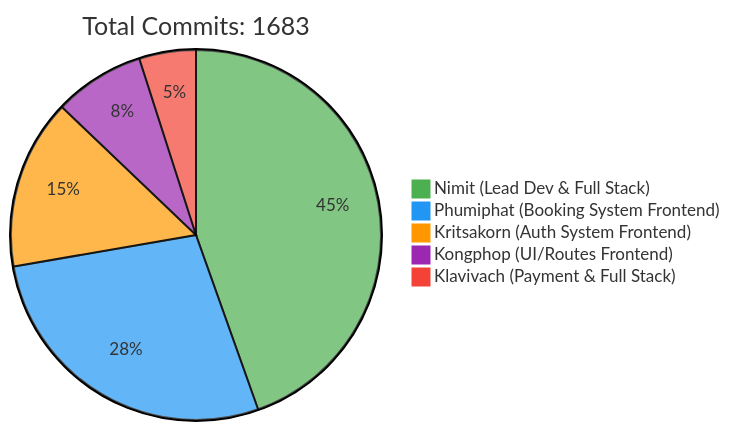
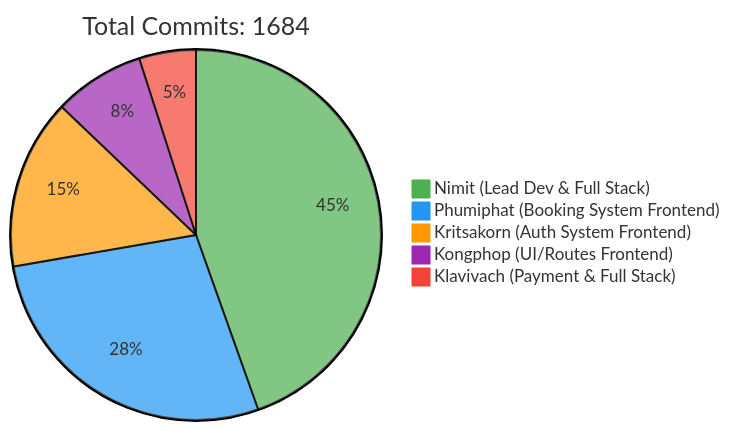
The first of 2 diagrams in README.md (6531503042/Sport-Complex), drawn with Mermaid before and after one commit. The commit also changed other lines of this file, not shown here.

Commit message:
docs: Update contributor statistics [skip ci]

````diff
--- a/README.md
+++ b/README.md
@@ -257,10 +257,10 @@
 ```mermaid
 %%{init: {'theme': 'base', 'themeVariables': { 'pie1': '#4CAF50', 'pie2': '#2196F3', 'pie3': '#FF9800', 'pie4': '#9C27B0', 'pie5': '#F44336'}}}%%
 pie
-    title Total Commits: 1683
+    title Total Commits: 1684
     "Nimit (Lead Dev & Full Stack)" : 450
     "Phumiphat (Booking System Frontend)" : 280
     "Kritsakorn (Auth System Frontend)" : 150
     "Kongphop (UI/Routes Frontend)" : 80
     "Klavivach (Payment & Full Stack)" : 50
 ```
````
